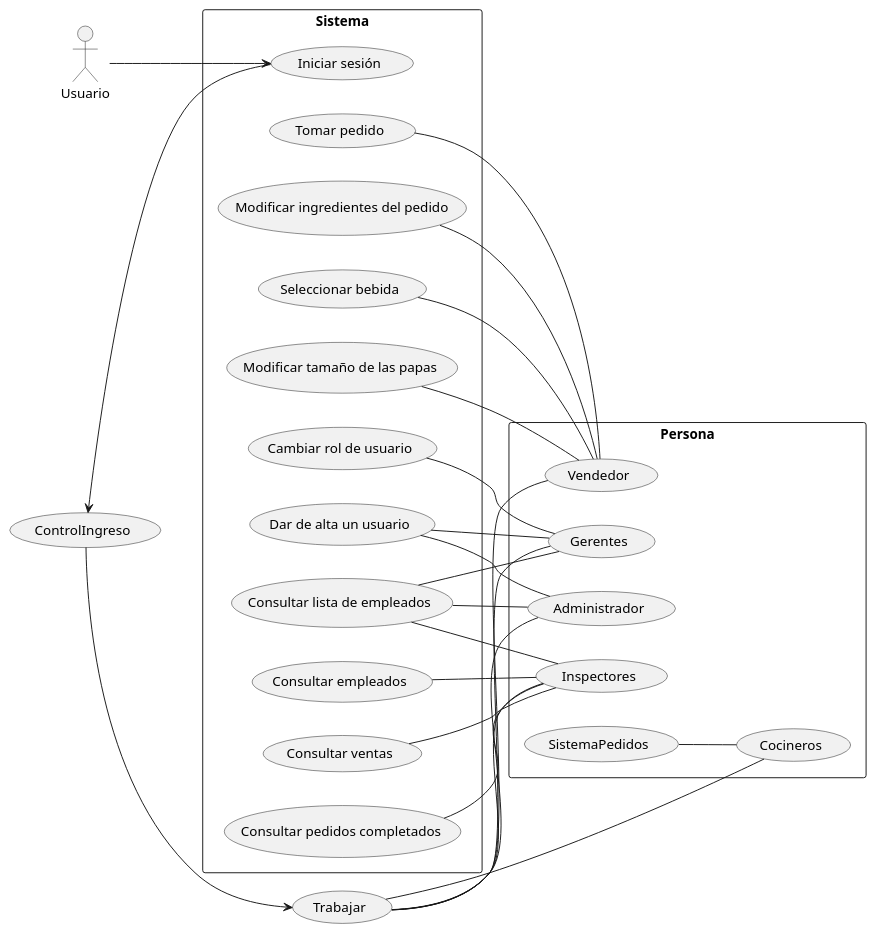
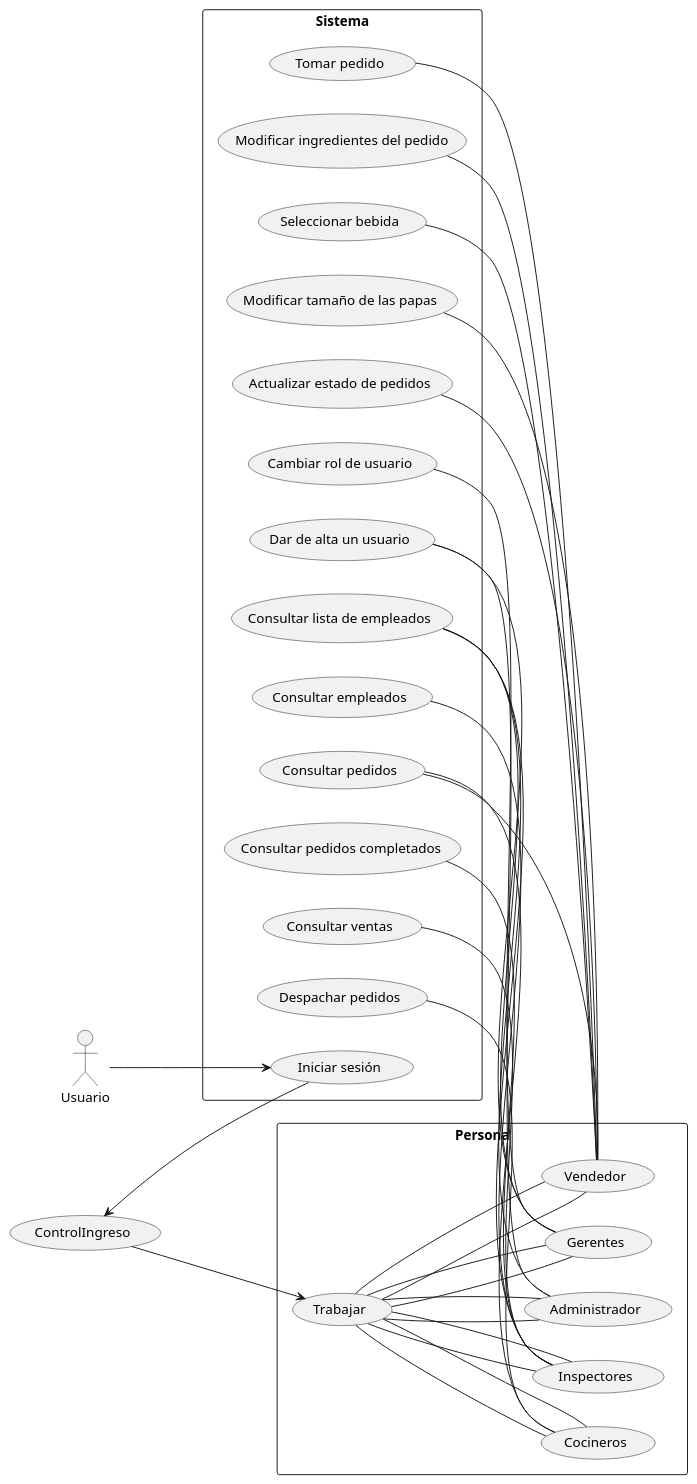
One commit to Ariel-GR/BurgerKing changed the diagram in src/Diagramas/casosUso.puml. Above: the diagram before and after it, drawn with PlantUML. The commit also changed 2 other files, not shown here.

```diff
--- a/src/Diagramas/casosUso.puml
+++ b/src/Diagramas/casosUso.puml
@@ -1,49 +1,61 @@
 @startuml
 left to right direction
 actor Usuario as U
 
 rectangle "Sistema" {
-    U --> (Iniciar sesión)
+    
     
     (Tomar pedido)
     (Modificar ingredientes del pedido)
     (Seleccionar bebida)
     (Modificar tamaño de las papas)
     (Consultar lista de empleados)
     (Cambiar rol de usuario)
     (Dar de alta un usuario)
     (Consultar empleados)
     (Consultar ventas)
     (Consultar pedidos completados)
+    (Consultar pedidos)
+    (Actualizar estado de pedidos)
+(Despachar pedidos)
+U --> (Iniciar sesión)
 }
 
 rectangle "Persona" {
     (Consultar lista de empleados) -- (Administrador)
     (Consultar lista de empleados) -- (Gerentes)
     (Consultar lista de empleados) -- (Inspectores)
     
     (Dar de alta un usuario) -- (Administrador) 
     (Dar de alta un usuario) -- (Gerentes)
 
     (Cambiar rol de usuario) -- (Gerentes)
-
+(Trabajar) -- (Administrador)
+(Trabajar) -- (Cocineros)
+(Trabajar) -- (Gerentes)
+(Trabajar) -- (Inspectores)
+(Trabajar) -- (Vendedor)
     (Tomar pedido) -- (Vendedor)
     (Modificar ingredientes del pedido) -- (Vendedor)
     (Seleccionar bebida) -- (Vendedor)
     (Modificar tamaño de las papas) -- (Vendedor)
+    (Consultar pedidos) -- (Vendedor)
+    (Actualizar estado de pedidos) -- (Vendedor)
 
     (Consultar empleados) -- (Inspectores)
     (Consultar ventas) -- (Inspectores)
     (Consultar pedidos completados) -- (Inspectores)
 
-    (SistemaPedidos) -- (Cocineros)
+(Consultar pedidos) -- (Cocineros)
+(Despachar pedidos) -- (Cocineros)
+
 }
 
 (Iniciar sesión) --> (ControlIngreso)
 (ControlIngreso) --> (Trabajar)
 (Trabajar) -- (Administrador)
 (Trabajar) -- (Cocineros)
 (Trabajar) -- (Gerentes)
 (Trabajar) -- (Inspectores)
 (Trabajar) -- (Vendedor)
 @enduml
```
